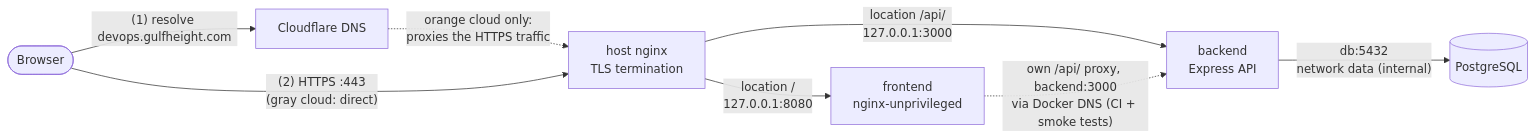
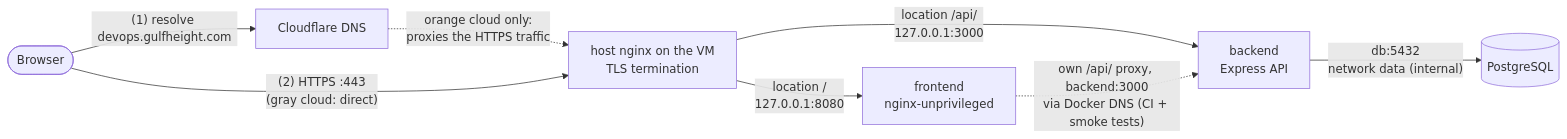
Before and after one commit to Ahmet-Kaplan/DevOps_course: the second of 3 diagrams in README.md, drawn with Mermaid. The commit also changed other lines of this file and 1 other file, not shown here.

First line of the commit message:
docs: update README and lecture notes for Google Cloud

````diff
--- a/README.md
+++ b/README.md
@@ -203,10 +207,10 @@
 ```mermaid
 flowchart LR
     B(["Browser"]) -->|"(1) resolve devops.gulfheight.com"| CF["Cloudflare DNS"]
     CF -.->|"orange cloud only:<br/>proxies the HTTPS traffic"| N
-    B -->|"(2) HTTPS :443<br/>(gray cloud: direct)"| N["host nginx<br/>TLS termination"]
+    B -->|"(2) HTTPS :443<br/>(gray cloud: direct)"| N["host nginx on the VM<br/>TLS termination"]
     N -->|"location /api/<br/>127.0.0.1:3000"| BE["backend<br/>Express API"]
     N -->|"location /<br/>127.0.0.1:8080"| FE["frontend<br/>nginx-unprivileged"]
     FE -.->|"own /api/ proxy, backend:3000<br/>via Docker DNS (CI + smoke tests)"| BE
     BE -->|"db:5432<br/>network data (internal)"| DB[("PostgreSQL")]
 ```
````
